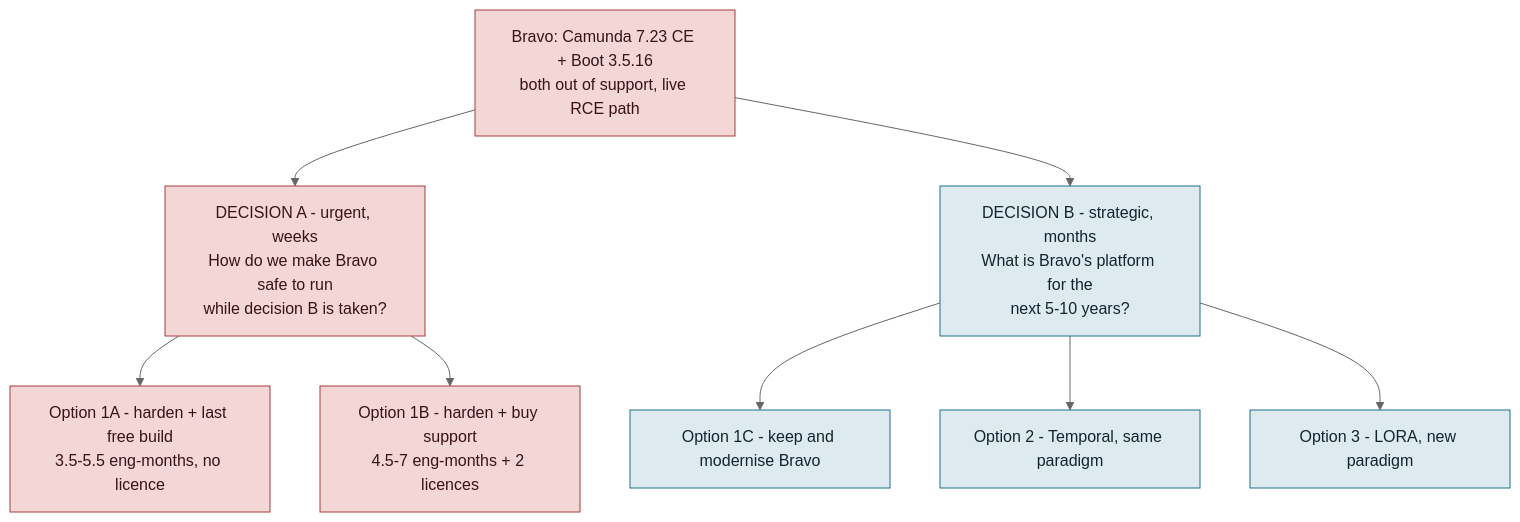
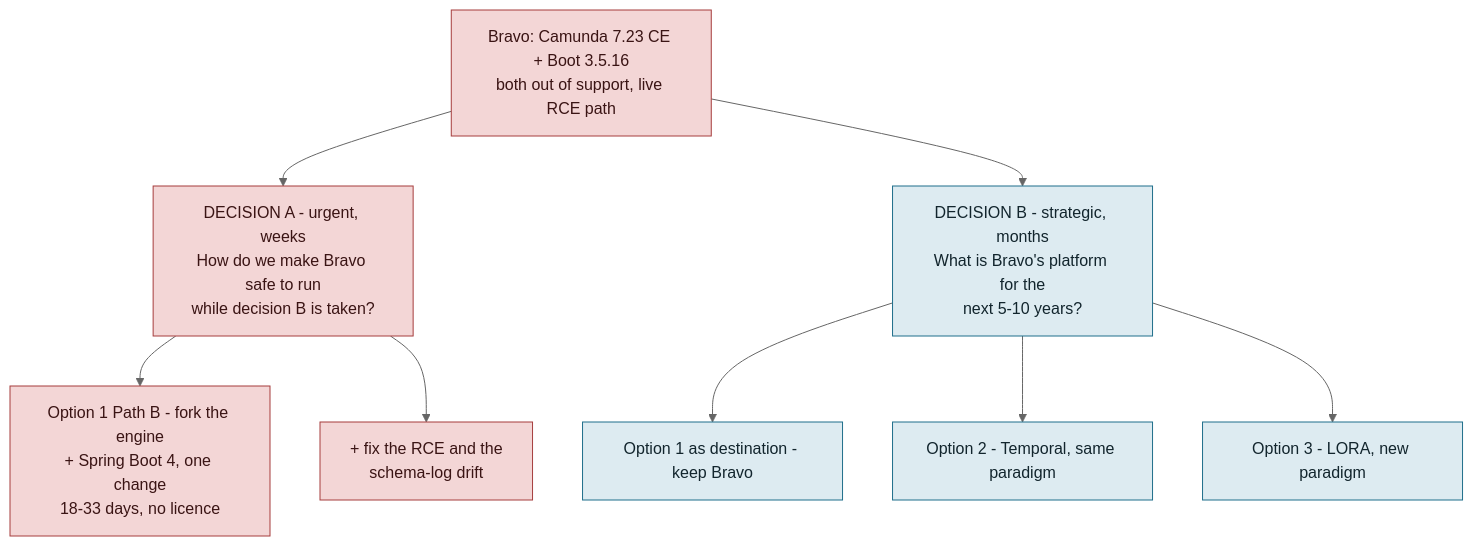
One commit to alaksmana-mso/bravo-analysis changed the diagram in docs/option-summary.md. Above: the diagram before and after it, drawn with Mermaid (neutral theme). The commit also changed other lines of this file and 12 other files, not shown here.

````diff
--- a/docs/option-summary.md
+++ b/docs/option-summary.md
@@ -32,13 +34,13 @@
 ```mermaid
 flowchart TB
   classDef urgent fill:#F3D6D6,stroke:#A63D3D,color:#3A1414
   classDef strat fill:#DDEBF1,stroke:#1F6F8B,color:#12252D
   F["Bravo: Camunda 7.23 CE + Boot 3.5.16<br/>both out of support, live RCE path"]:::urgent
   F --> D1["DECISION A - urgent, weeks<br/>How do we make Bravo safe to run<br/>while decision B is taken?"]:::urgent
   F --> D2["DECISION B - strategic, months<br/>What is Bravo's platform for the<br/>next 5-10 years?"]:::strat
-  D1 --> A1["Option 1A - harden + last free build<br/>3.5-5.5 eng-months, no licence"]:::urgent
-  D1 --> A2["Option 1B - harden + buy support<br/>4.5-7 eng-months + 2 licences"]:::urgent
-  D2 --> B1["Option 1C - keep and modernise Bravo"]:::strat
+  D1 --> A1["Option 1 Path B - fork the engine<br/>+ Spring Boot 4, one change<br/>18-33 days, no licence"]:::urgent
+  D1 --> A2["+ fix the RCE and the<br/>schema-log drift"]:::urgent
+  D2 --> B1["Option 1 as destination - keep Bravo"]:::strat
   D2 --> B2["Option 2 - Temporal, same paradigm"]:::strat
   D2 --> B3["Option 3 - LORA, new paradigm"]:::strat
 ```
````
